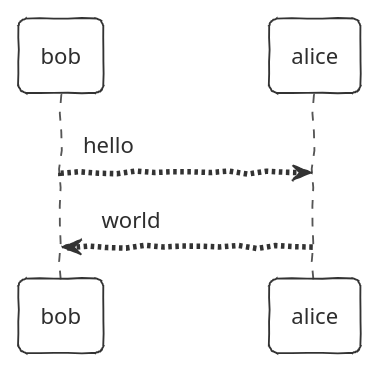
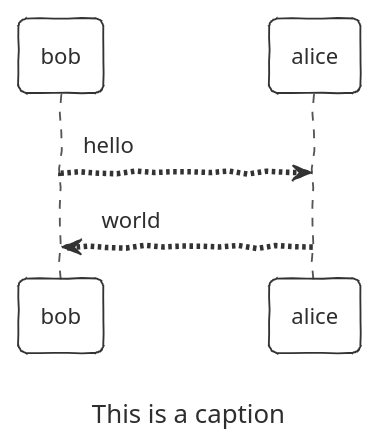
Before and after one commit to jesse-grabowski/java-blog: the diagram in java-blog-content/src/docs/asciidoc/en/index.adoc, drawn with PlantUML. The commit also changed 15 other files, not shown here.

```diff
--- a/java-blog-content/src/docs/asciidoc/en/index.adoc
+++ b/java-blog-content/src/docs/asciidoc/en/index.adoc
@@ -27,8 +27,10 @@
-[plantuml, test-image, format=svg, alt="Diagram showing key exchange", caption="my caption"]
+[plantuml, test-image, format=svg, alt="Diagram showing key exchange"]
 ....
 @startuml
 !theme sketchy-outline
 
 bob --> alice : hello
 alice --> bob : world
+
+caption This is a caption
 ....
```
